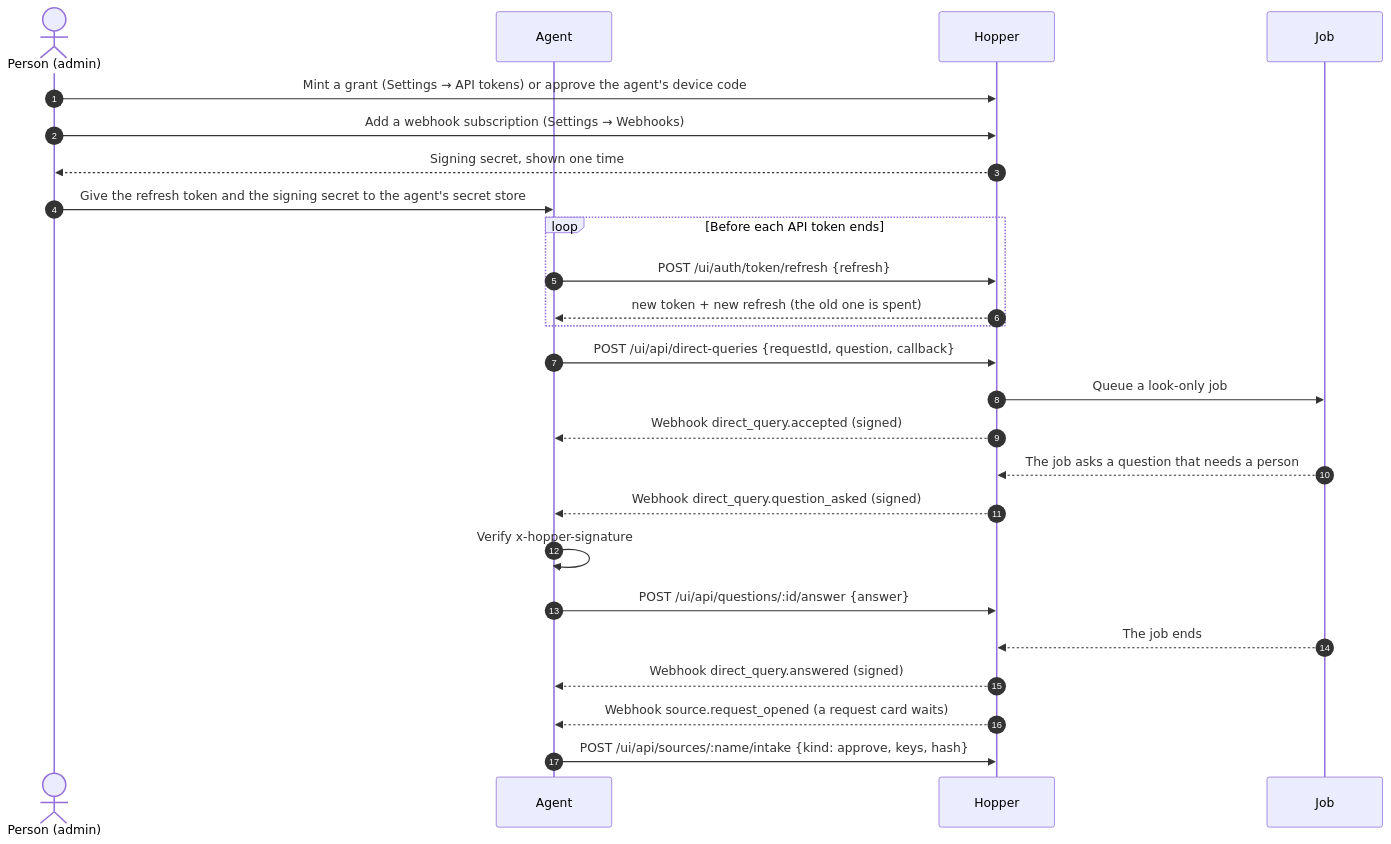
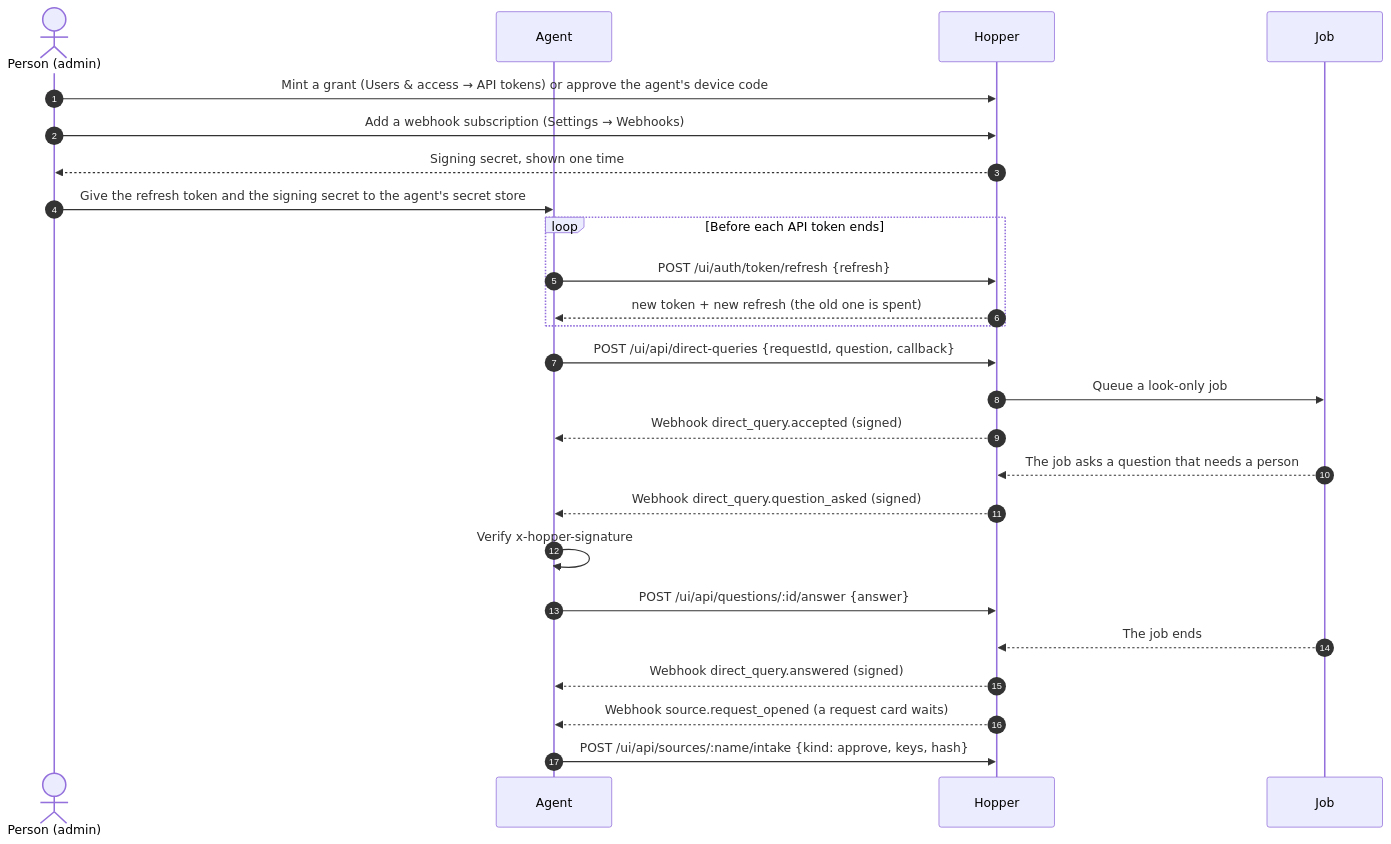
One commit to henningfutrell/hopper changed the diagram in docs/agent-integration.md. Above: the diagram before and after it, drawn with Mermaid. The commit also changed other lines of this file and 133 other files, not shown here.

First line of the commit message:
Settings: a left sub-nav in six groups; Plugins, Vault and Users & access are views of their own; old hashes redirect; Plugins and Access cards fold with a summary (issue #2373)

````diff
--- a/docs/agent-integration.md
+++ b/docs/agent-integration.md
@@ -33,28 +33,28 @@
 ```mermaid
 sequenceDiagram
     autonumber
     actor P as Person (admin)
     participant A as Agent
     participant H as Hopper
     participant J as Job
 
-    P->>H: Mint a grant (Settings → API tokens) or approve the agent's device code
+    P->>H: Mint a grant (Users & access → API tokens) or approve the agent's device code
     P->>H: Add a webhook subscription (Settings → Webhooks)
     H-->>P: Signing secret, shown one time
     P->>A: Give the refresh token and the signing secret to the agent's secret store
     loop Before each API token ends
         A->>H: POST /ui/auth/token/refresh {refresh}
         H-->>A: new token + new refresh (the old one is spent)
     end
     A->>H: POST /ui/api/direct-queries {requestId, question, callback}
     H->>J: Queue a look-only job
     H-->>A: Webhook direct_query.accepted (signed)
     J-->>H: The job asks a question that needs a person
     H-->>A: Webhook direct_query.question_asked (signed)
     A->>A: Verify x-hopper-signature
     A->>H: POST /ui/api/questions/:id/answer {answer}
     J-->>H: The job ends
     H-->>A: Webhook direct_query.answered (signed)
     H-->>A: Webhook source.request_opened (a request card waits)
     A->>H: POST /ui/api/sources/:name/intake {kind: approve, keys, hash}
 ```
````
